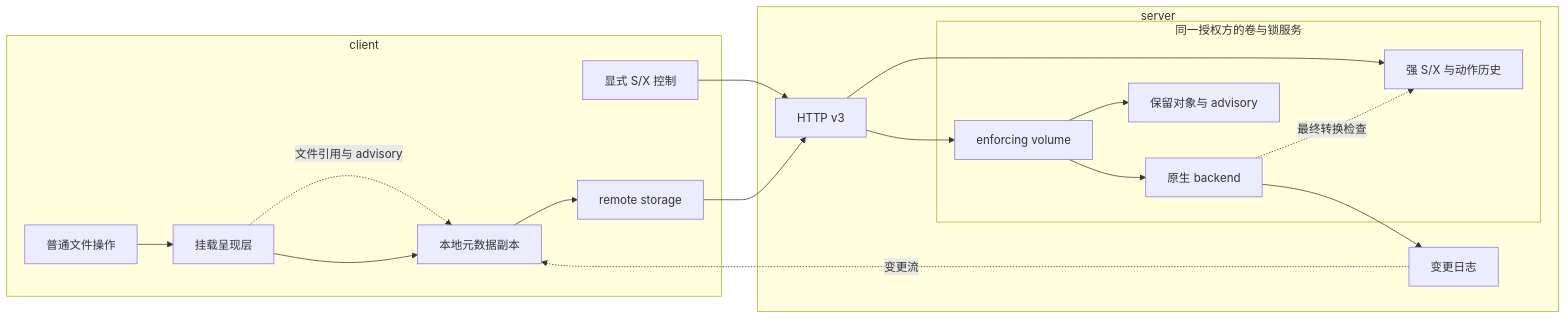
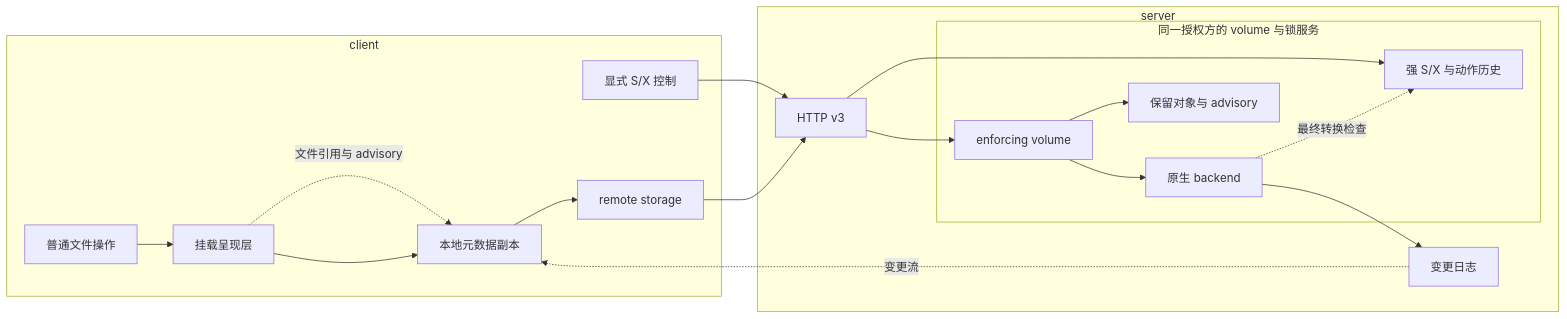
One commit to codetreker/remote-fs changed the diagram in docs/design/architecture.md. Above: the diagram before and after it, drawn with Mermaid. The commit also changed other lines of this file and 43 other files, not shown here.

````diff
--- a/docs/design/architecture.md
+++ b/docs/design/architecture.md
@@ -17,26 +17,26 @@
 ```mermaid
 flowchart LR
     subgraph client[client]
         App[普通文件操作] --> Fuse[挂载呈现层]
         Fuse --> Replica[本地元数据副本]
         Replica --> Remote[remote storage]
         SDK[显式 S/X 控制]
         Fuse -. 文件引用与 advisory .-> Replica
     end
     subgraph server[server]
         HTTP[HTTP v3]
-        subgraph Pair[同一授权方的卷与锁服务]
-            Volume[enforcing volume] --> Backend[原生 backend]
+        subgraph Pair[同一授权方的 volume 与锁服务]
+            volume[enforcing volume] --> Backend[原生 backend]
             Authority[强 S/X 与动作历史]
             Files[保留对象与 advisory]
-            Volume --> Files
+            volume --> Files
             Backend -. 最终转换检查 .-> Authority
         end
-        HTTP --> Volume
+        HTTP --> volume
         HTTP --> Authority
         Backend --> Log[变更日志]
     end
     Remote --> HTTP
     SDK --> HTTP
     Log -. 变更流 .-> Replica
 ```
````
